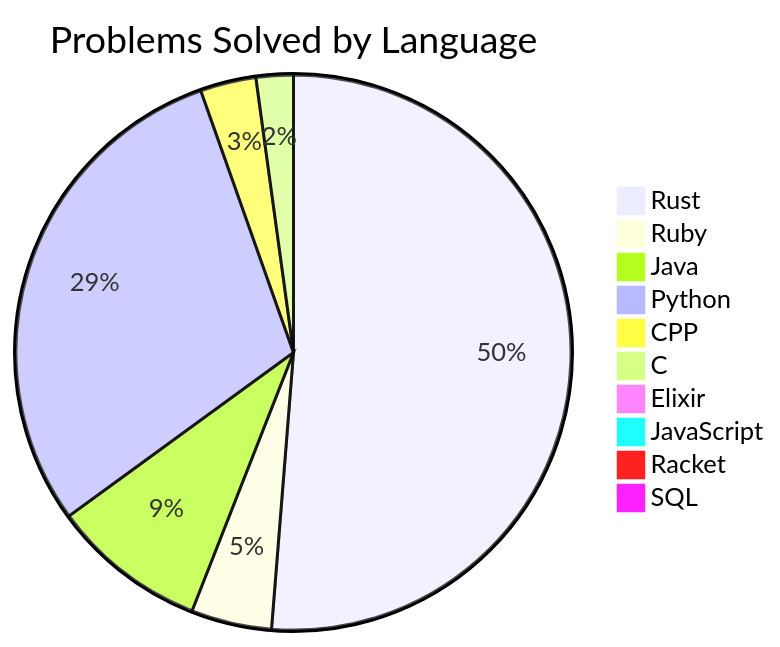
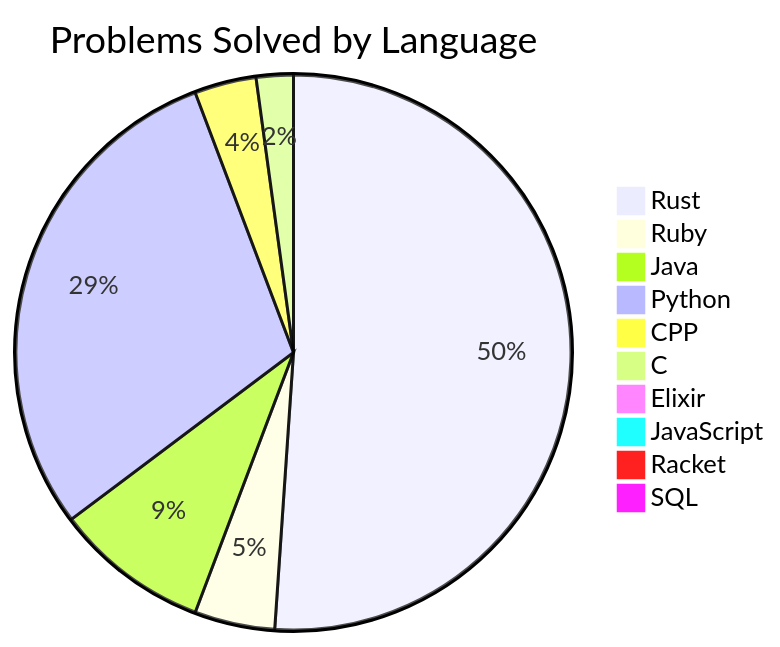
Before and after one commit to Liam-Wirth/leetcode-solutions: the second of 2 diagrams in README.md, drawn with Mermaid. The commit also changed other lines of this file and 5 other files, not shown here.

````diff
--- a/README.md
+++ b/README.md
@@ -46,13 +46,13 @@
 ```mermaid
 pie title Problems Solved by Language
     "Rust": 142
     "Ruby": 13
     "Java": 25
     "Python": 82
-    "CPP": 9
+    "CPP": 10
     "C": 6
     "Elixir": 2
     "JavaScript": 2
     "Racket": 1
     "SQL": 2
 ```
````
